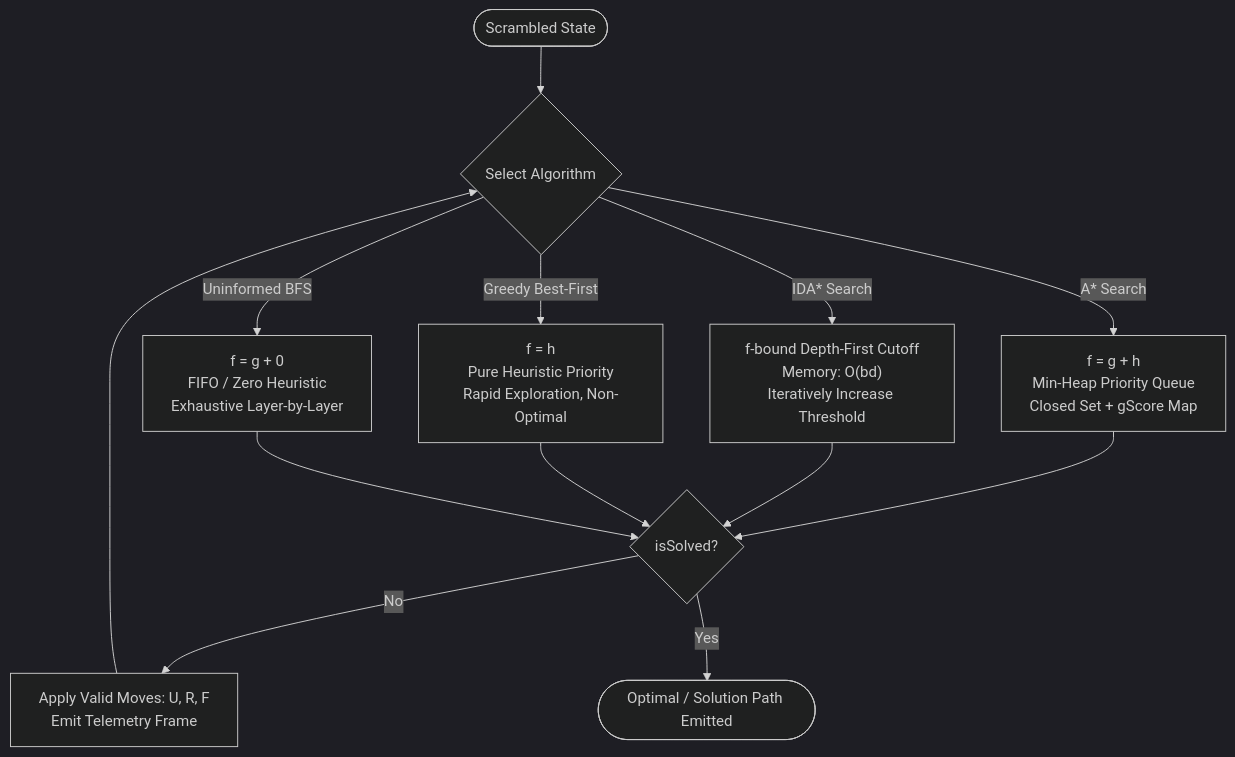
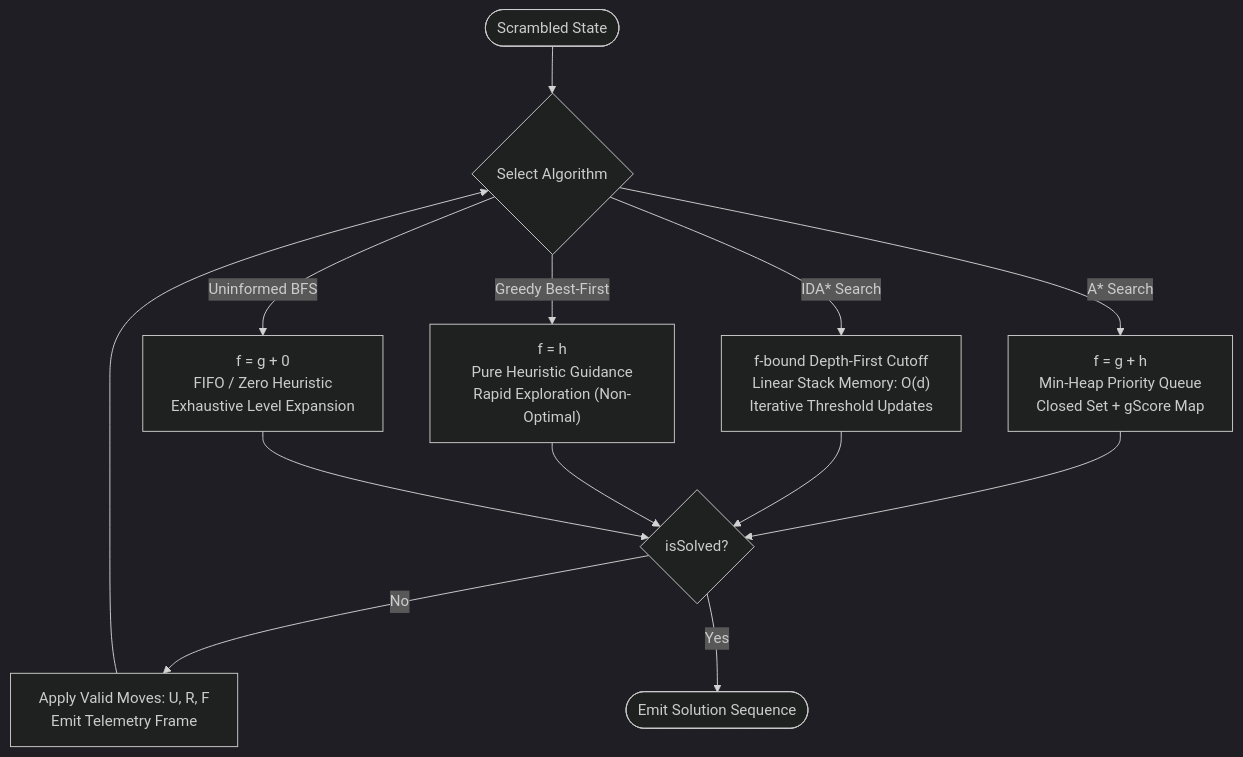
The first of 2 diagrams in README.md (sarthakroutray/RubiksCubeSolver), drawn with Mermaid (dark theme) before and after one commit. The commit also changed other lines of this file, not shown here.

````diff
--- a/README.md
+++ b/README.md
@@ -121,18 +163,18 @@
 ```mermaid
 flowchart TD
-    Start([Scrambled State]) --> ChooseAlg{Select Algorithm}
+    Start(["Scrambled State"]) --> ChooseAlg{"Select Algorithm"}
     
-    ChooseAlg -->|A* Search| AStar["f = g + h<br/>Min-Heap Priority Queue<br/>Closed Set + gScore Map"]
-    ChooseAlg -->|IDA* Search| IDAStar["f-bound Depth-First Cutoff<br/>Memory: O(bd)<br/>Iteratively Increase Threshold"]
-    ChooseAlg -->|Greedy Best-First| Greedy["f = h<br/>Pure Heuristic Priority<br/>Rapid Exploration, Non-Optimal"]
-    ChooseAlg -->|Uninformed BFS| BFS["f = g + 0<br/>FIFO / Zero Heuristic<br/>Exhaustive Layer-by-Layer"]
+    ChooseAlg -->|"A* Search"| AStar["f = g + h<br/>Min-Heap Priority Queue<br/>Closed Set + gScore Map"]
+    ChooseAlg -->|"IDA* Search"| IDAStar["f-bound Depth-First Cutoff<br/>Linear Stack Memory: O(d)<br/>Iterative Threshold Updates"]
+    ChooseAlg -->|"Greedy Best-First"| Greedy["f = h<br/>Pure Heuristic Guidance<br/>Rapid Exploration (Non-Optimal)"]
+    ChooseAlg -->|"Uninformed BFS"| BFS["f = g + 0<br/>FIFO / Zero Heuristic<br/>Exhaustive Level Expansion"]
 
-    AStar --> GoalCheck{isSolved?}
+    AStar --> GoalCheck{"isSolved?"}
     IDAStar --> GoalCheck
     Greedy --> GoalCheck
     BFS --> GoalCheck
 
-    GoalCheck -->|No| Expand["Apply Valid Moves: U, R, F<br/>Emit Telemetry Frame"]
+    GoalCheck -->|"No"| Expand["Apply Valid Moves: U, R, F<br/>Emit Telemetry Frame"]
     Expand --> ChooseAlg
-    GoalCheck -->|Yes| Solved([Optimal / Solution Path Emitted])
+    GoalCheck -->|"Yes"| Solved(["Emit Solution Sequence"])
 ```
````
